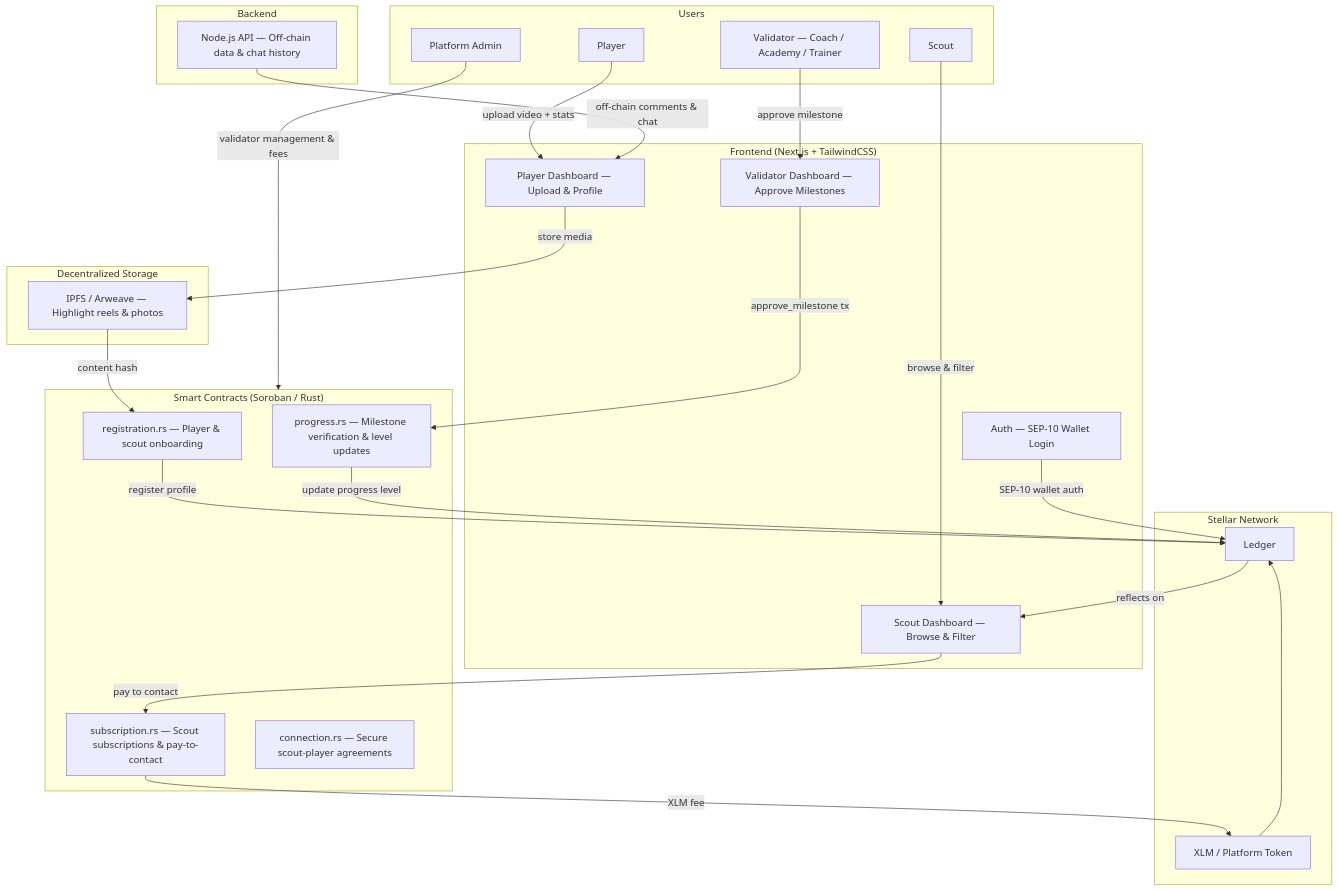
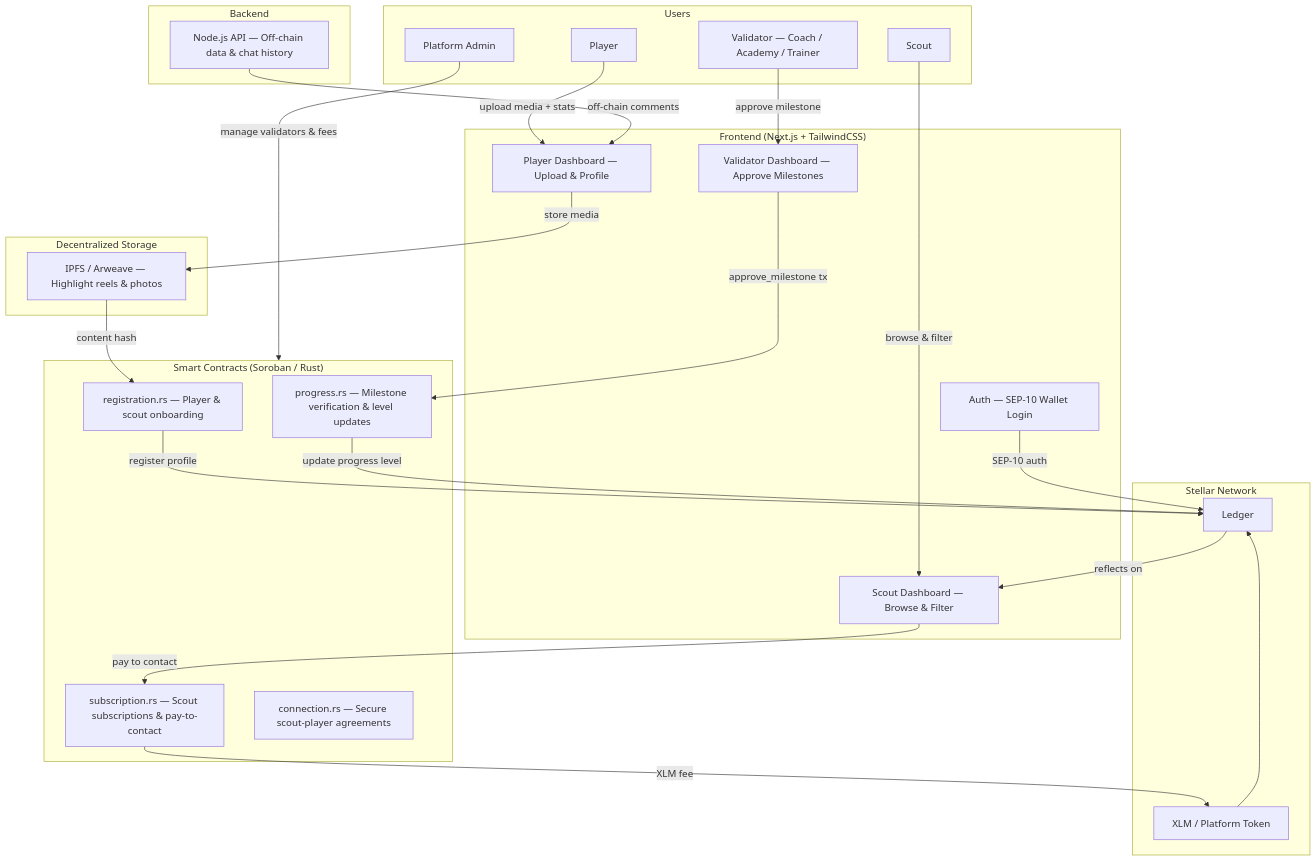
One commit to Astrowlrd777/scout-off-frontend changed the first of 2 diagrams in README.md. Above: the diagram before and after it, drawn with Mermaid. The commit also changed other lines of this file and 2 other files, not shown here.

````diff
--- a/README.md
+++ b/README.md
@@ -26,55 +59,55 @@
 ```mermaid
 graph TB
     subgraph Users
         P[Player]
         V[Validator — Coach / Academy / Trainer]
         S[Scout]
         ADM[Platform Admin]
     end
 
     subgraph Frontend["Frontend (Next.js + TailwindCSS)"]
         PD[Player Dashboard — Upload & Profile]
         SD[Scout Dashboard — Browse & Filter]
         VD[Validator Dashboard — Approve Milestones]
         AUTH[Auth — SEP-10 Wallet Login]
     end
 
     subgraph Contract["Smart Contracts (Soroban / Rust)"]
         REG[registration.rs — Player & scout onboarding]
         PROG[progress.rs — Milestone verification & level updates]
         SUB[subscription.rs — Scout subscriptions & pay-to-contact]
         CONN[connection.rs — Secure scout-player agreements]
     end
 
     subgraph Storage["Decentralized Storage"]
         IPFS[IPFS / Arweave — Highlight reels & photos]
     end
 
     subgraph Backend["Backend"]
         NODE[Node.js API — Off-chain data & chat history]
     end
 
     subgraph Stellar["Stellar Network"]
         LEDGER[Ledger]
         XLM[XLM / Platform Token]
     end
 
-    P -->|upload video + stats| PD
+    P -->|upload media + stats| PD
     PD -->|store media| IPFS
     IPFS -->|content hash| REG
     REG -->|register profile| LEDGER
 
     V -->|approve milestone| VD
     VD -->|approve_milestone tx| PROG
     PROG -->|update progress level| LEDGER
     LEDGER -->|reflects on| SD
 
     S -->|browse & filter| SD
     SD -->|pay to contact| SUB
     SUB -->|XLM fee| XLM
     XLM --> LEDGER
 
-    AUTH -->|SEP-10 wallet auth| LEDGER
-    NODE -->|off-chain comments & chat| PD
-    ADM -->|validator management & fees| Contract
+    AUTH -->|SEP-10 auth| LEDGER
+    NODE -->|off-chain comments| PD
+    ADM -->|manage validators & fees| Contract
 ```
````
